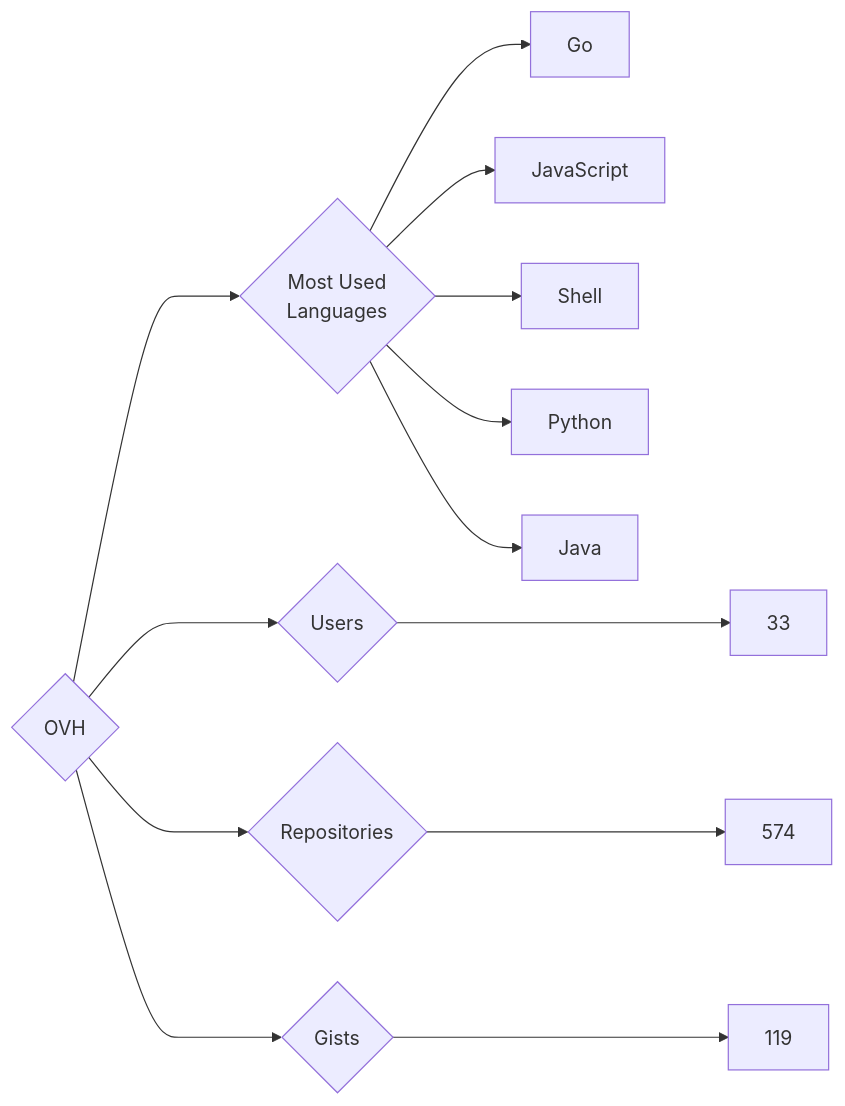
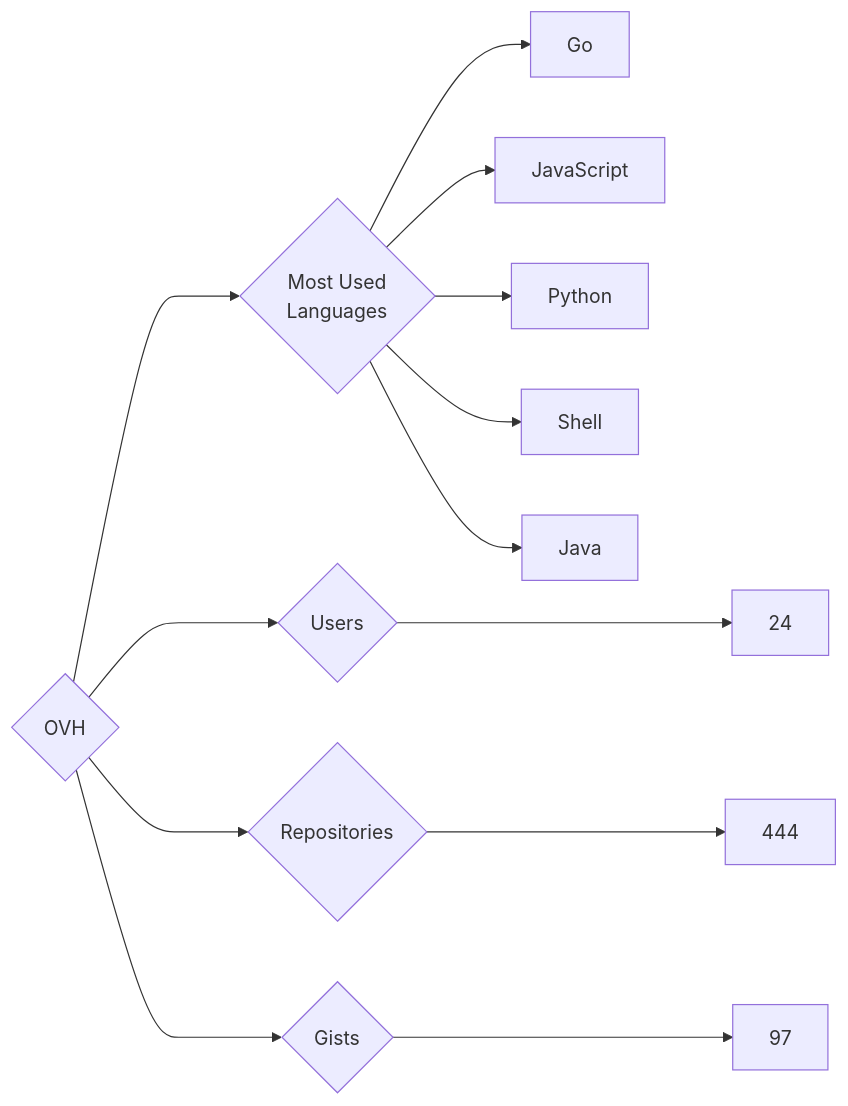
The diagram in targets/OVH/README.md (trickest/insiders), drawn with Mermaid before and after one commit. The commit also changed 964 other files, not shown here.

````diff
--- a/targets/OVH/README.md
+++ b/targets/OVH/README.md
@@ -3,13 +3,13 @@
 ```mermaid
 graph LR
 COMPANY_NAME{OVH}
-COMPANY_NAME ---> U{Users} ---> UN[33]
-COMPANY_NAME ---> R{Repositories} ---> RN[574]
-COMPANY_NAME ---> G{Gists} ---> GN[119]
+COMPANY_NAME ---> U{Users} ---> UN[24]
+COMPANY_NAME ---> R{Repositories} ---> RN[444]
+COMPANY_NAME ---> G{Gists} ---> GN[97]
 COMPANY_NAME ---> ML{Most Used<br>Languages}
 ML --> Go[Go]
 ML --> JavaScript[JavaScript]
+ML --> Python[Python]
 ML --> Shell[Shell]
-ML --> Python[Python]
 ML --> Java[Java]
 ```
````
